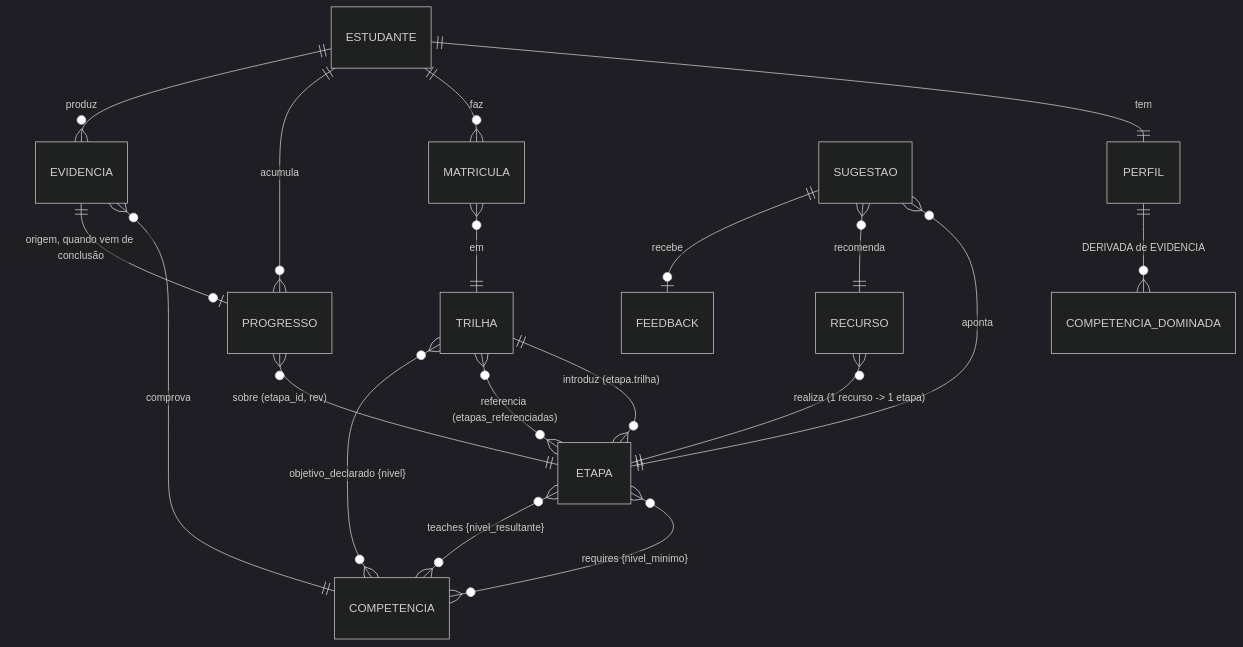
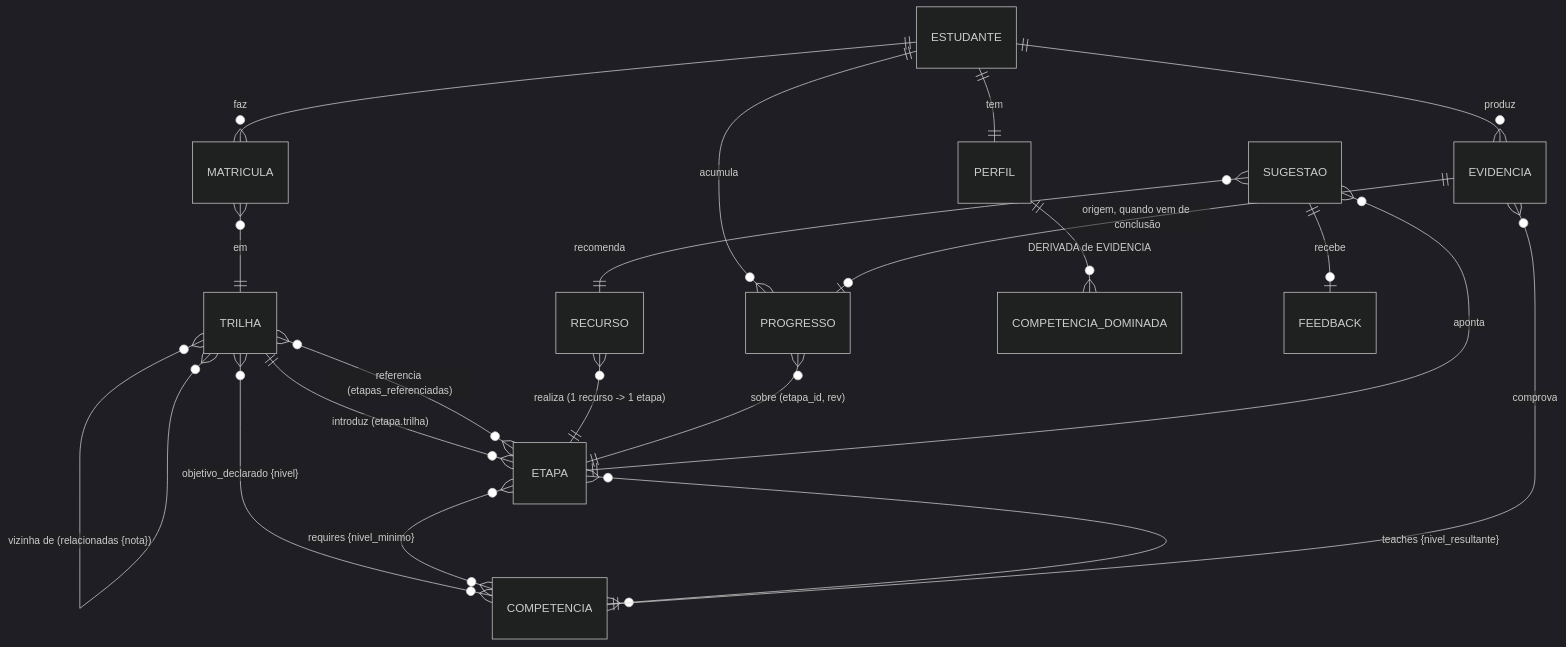
The first of 2 diagrams in docs/interface.md (mpbarbosa/trilhas_estudos), drawn with Mermaid (dark theme) before and after one commit. The commit also changed other lines of this file and 21 other files, not shown here.

````diff
--- a/docs/interface.md
+++ b/docs/interface.md
@@ -194,22 +194,23 @@
 ```mermaid
 erDiagram
     TRILHA ||--o{ ETAPA : "introduz (etapa.trilha)"
     TRILHA }o--o{ ETAPA : "referencia (etapas_referenciadas)"
+    TRILHA }o--o{ TRILHA : "vizinha de (relacionadas {nota})"
     TRILHA }o--o{ COMPETENCIA : "objetivo_declarado {nivel}"
     ETAPA }o--o{ COMPETENCIA : "requires {nivel_minimo}"
     ETAPA }o--o{ COMPETENCIA : "teaches {nivel_resultante}"
     RECURSO }o--|| ETAPA : "realiza (1 recurso -> 1 etapa)"
 
     ESTUDANTE ||--|| PERFIL : tem
     ESTUDANTE ||--o{ MATRICULA : faz
     MATRICULA }o--|| TRILHA : em
     ESTUDANTE ||--o{ PROGRESSO : acumula
     PROGRESSO }o--|| ETAPA : "sobre (etapa_id, rev)"
     ESTUDANTE ||--o{ EVIDENCIA : produz
     EVIDENCIA }o--|| COMPETENCIA : comprova
     EVIDENCIA ||--o| PROGRESSO : "origem, quando vem de conclusão"
     PERFIL ||--o{ COMPETENCIA_DOMINADA : "DERIVADA de EVIDENCIA"
     SUGESTAO }o--|| ETAPA : aponta
     SUGESTAO }o--|| RECURSO : recomenda
     SUGESTAO ||--o| FEEDBACK : recebe
 ```
````
